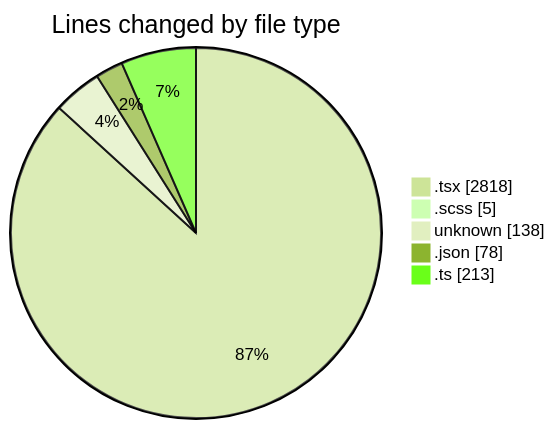
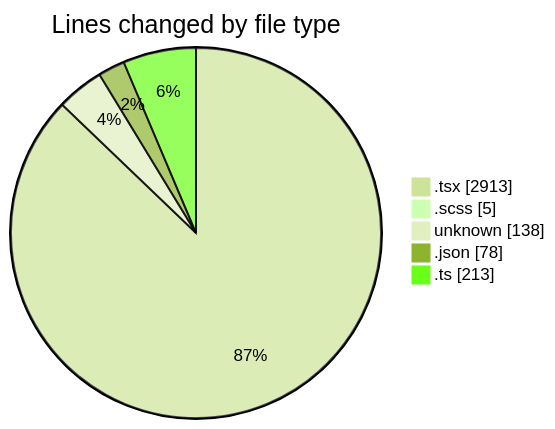
The first of 2 diagrams in 2026-10-13/cda/README.md (momahboobian/code-tracking), drawn with Mermaid (forest theme) before and after one commit. The commit also changed other lines of this file and 1 other file, not shown here.

````diff
--- a/2026-10-13/cda/README.md
+++ b/2026-10-13/cda/README.md
@@ -38,9 +38,9 @@
 ```mermaid
 pie showData
 title Lines changed by file type
-".tsx" : 2818
+".tsx" : 2913
 ".scss" : 5
 "unknown" : 138
 ".json" : 78
 ".ts" : 213
 ```
````
